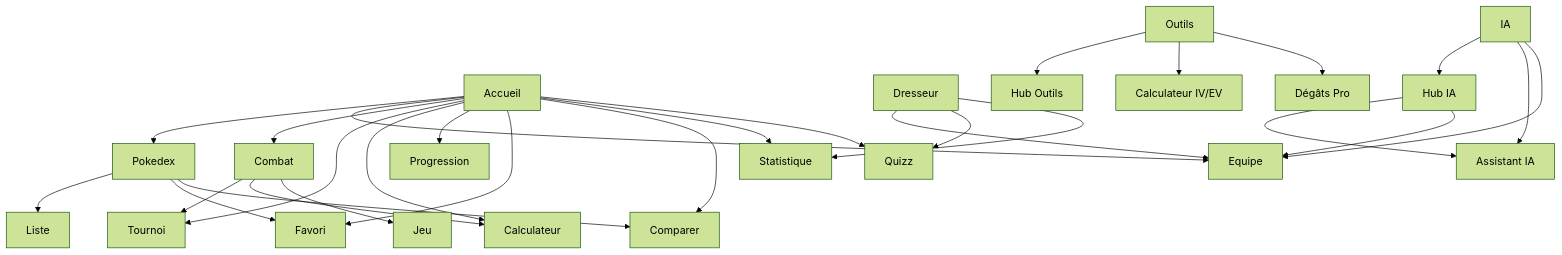
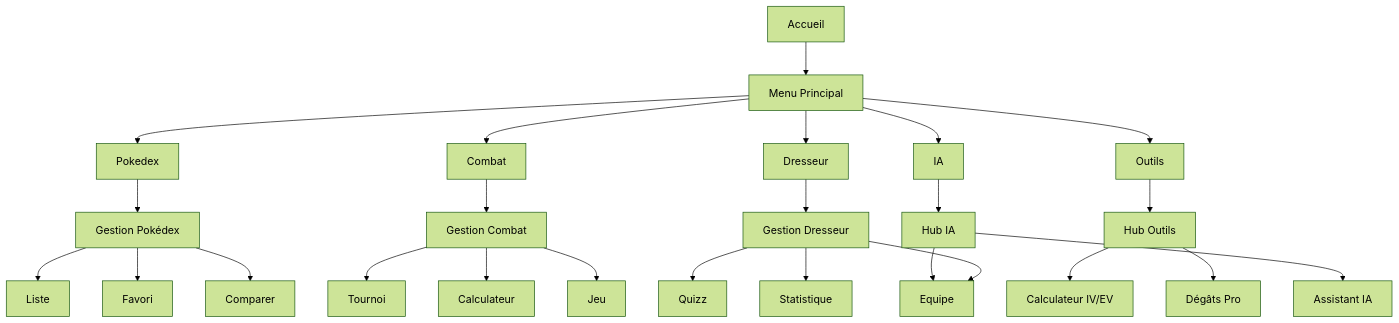
The diagram in README.md (Thibault-megard1/pokedex-ai-v2), drawn with Mermaid (forest theme) before and after one commit.

Commit message:
Revise navigation diagram for main menu structure
Updated the navigation diagram in the README to reflect changes in the main menu structure and removed redundant connections.

````diff
--- a/README.md
+++ b/README.md
@@ -19,37 +19,34 @@
 ```mermaid
 graph TD
-    Accueil[Accueil] --> Pokedex
-    Accueil --> Equipe
-    Accueil --> Combat
-    Accueil --> Tournoi
-    Accueil --> Calculateur
-    Accueil --> Progression
-    Accueil --> Favori
-    Accueil --> Comparer
-    Accueil --> Statistique
-    Accueil --> Quizz
-
-    Pokedex --> Liste
-    Pokedex --> Favori
-    Pokedex --> Comparer
-
-    Combat --> Tournoi
-    Combat --> Calculateur
-    Combat --> Jeu
-
-    Dresseur --> Equipe
-    Dresseur --> Quizz
-    Dresseur --> Statistique
-
-    Outils --> HubOutils[Hub Outils]
-    Outils --> CalculateurIV[Calculateur IV/EV]
-    Outils --> DegatsPro[Dégâts Pro]
-
-    IA --> HubIA[Hub IA]
-    IA --> AssistantIA[Assistant IA]
-    IA --> Equipe
-
-    HubIA --> AssistantIA
-    HubIA --> Equipe
+    Accueil[Accueil] --> MenuPrincipal[Menu Principal]
+    
+    MenuPrincipal --> Pokedex
+    MenuPrincipal --> Combat
+    MenuPrincipal --> Dresseur
+    MenuPrincipal --> Outils
+    MenuPrincipal --> IA
+    
+    Pokedex --> PokeDetails[Gestion Pokédex]
+    PokeDetails --> Liste
+    PokeDetails --> Favori
+    PokeDetails --> Comparer
+    
+    Combat --> CombatDetails[Gestion Combat]
+    CombatDetails --> Tournoi
+    CombatDetails --> Calculateur
+    CombatDetails --> Jeu
+    
+    Dresseur --> DresDetails[Gestion Dresseur]
+    DresDetails --> Equipe
+    DresDetails --> Quizz
+    DresDetails --> Statistique
+    
+    Outils --> OutilsHub[Hub Outils]
+    OutilsHub --> CalculateurIV[Calculateur IV/EV]
+    OutilsHub --> DegatsPro[Dégâts Pro]
+    
+    IA --> IAHub[Hub IA]
+    IAHub --> AssistantIA[Assistant IA]
+    IAHub --> Equipe
 
 ```
````
